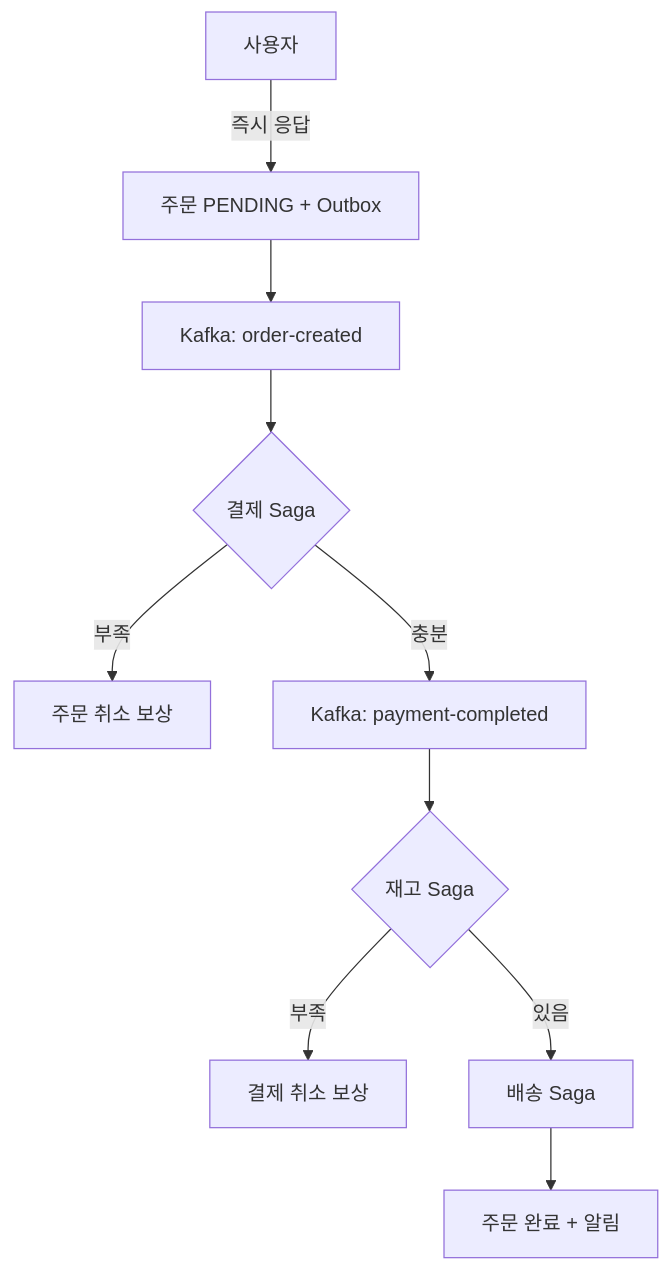
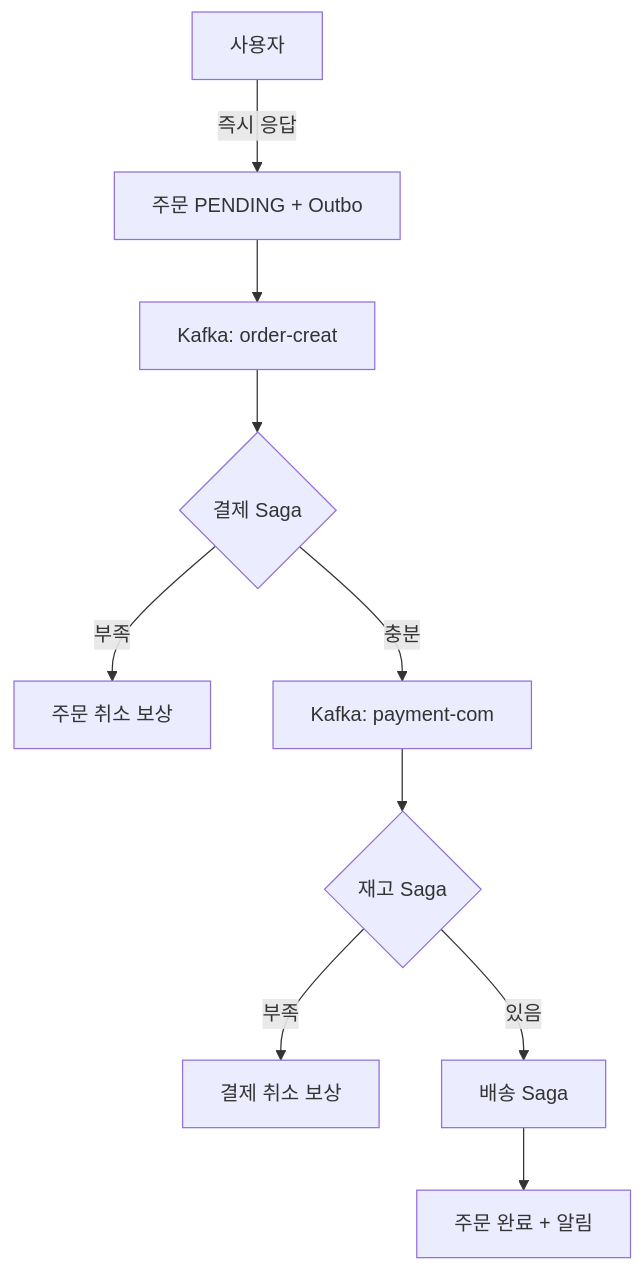
Diagram 12 of 14 in _posts/architecture/2026-05-02-distributed-transaction-deep.md (yjkim2015/yjkim2015.github.io), drawn with Mermaid before and after one commit. The commit also changed other lines of this file and 271 other files, not shown here.

First line of the commit message:
Mermaid 라벨 축소: 긴 노드 텍스트 18자 이하로 트림 + \n 제거

````diff
--- a/_posts/architecture/2026-05-02-distributed-transaction-deep.md
+++ b/_posts/architecture/2026-05-02-distributed-transaction-deep.md
@@ -552,12 +552,12 @@
 ```mermaid
 graph TD
-    User["사용자"] -->|즉시 응답| Order["주문 PENDING + Outbox"]
-    Order --> K1["Kafka: order-created"]
+    User["사용자"] -->|즉시 응답| Order["주문 PENDING + Outbo"]
+    Order --> K1["Kafka: order-creat"]
     K1 --> Pay{"결제 Saga"}
     Pay -->|부족| C1["주문 취소 보상"]
-    Pay -->|충분| K2["Kafka: payment-completed"]
+    Pay -->|충분| K2["Kafka: payment-com"]
     K2 --> Inv{"재고 Saga"}
     Inv -->|부족| C2["결제 취소 보상"]
     Inv -->|있음| Delivery["배송 Saga"]
     Delivery --> Done["주문 완료 + 알림"]
 ```
````
